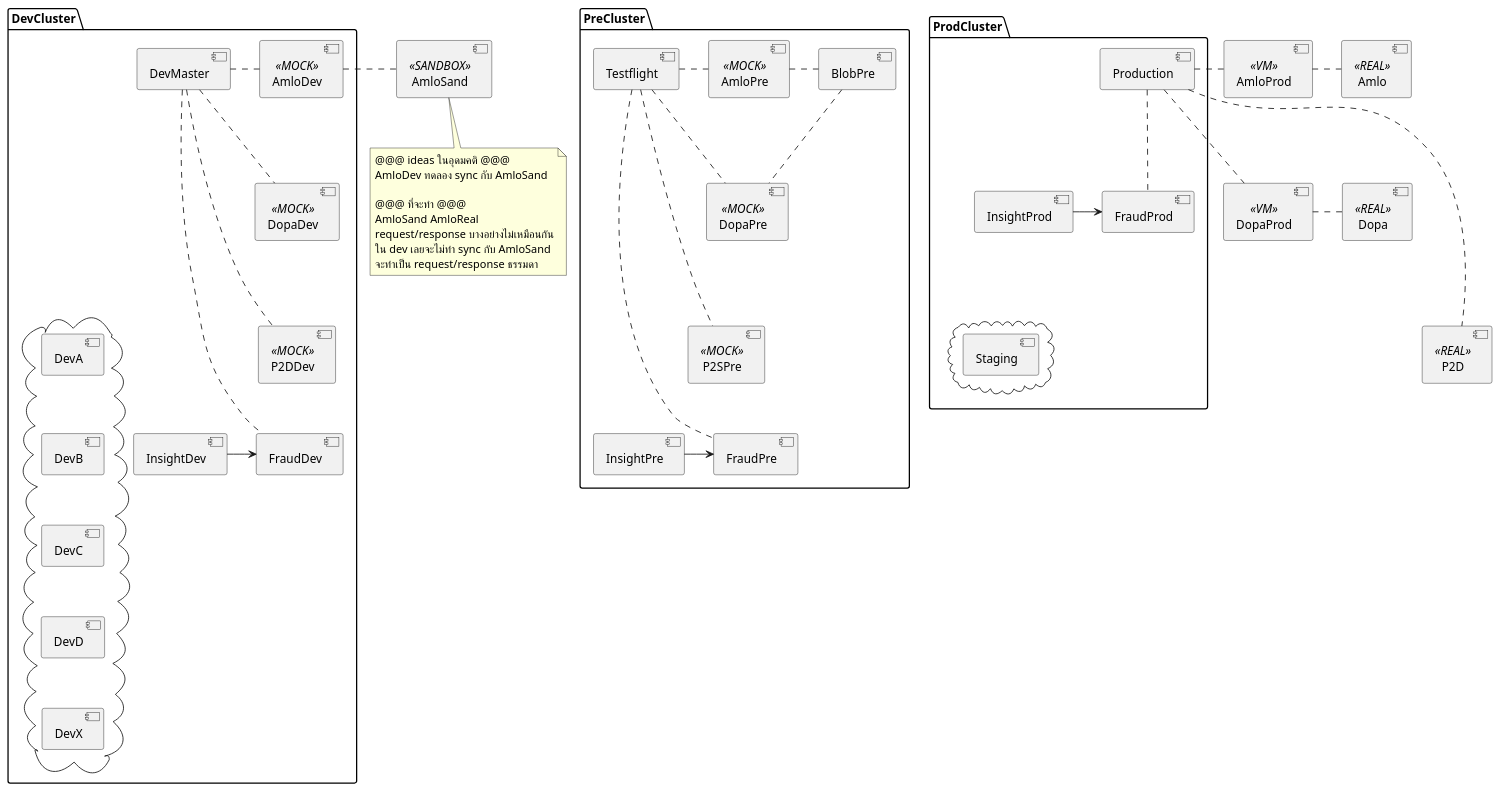
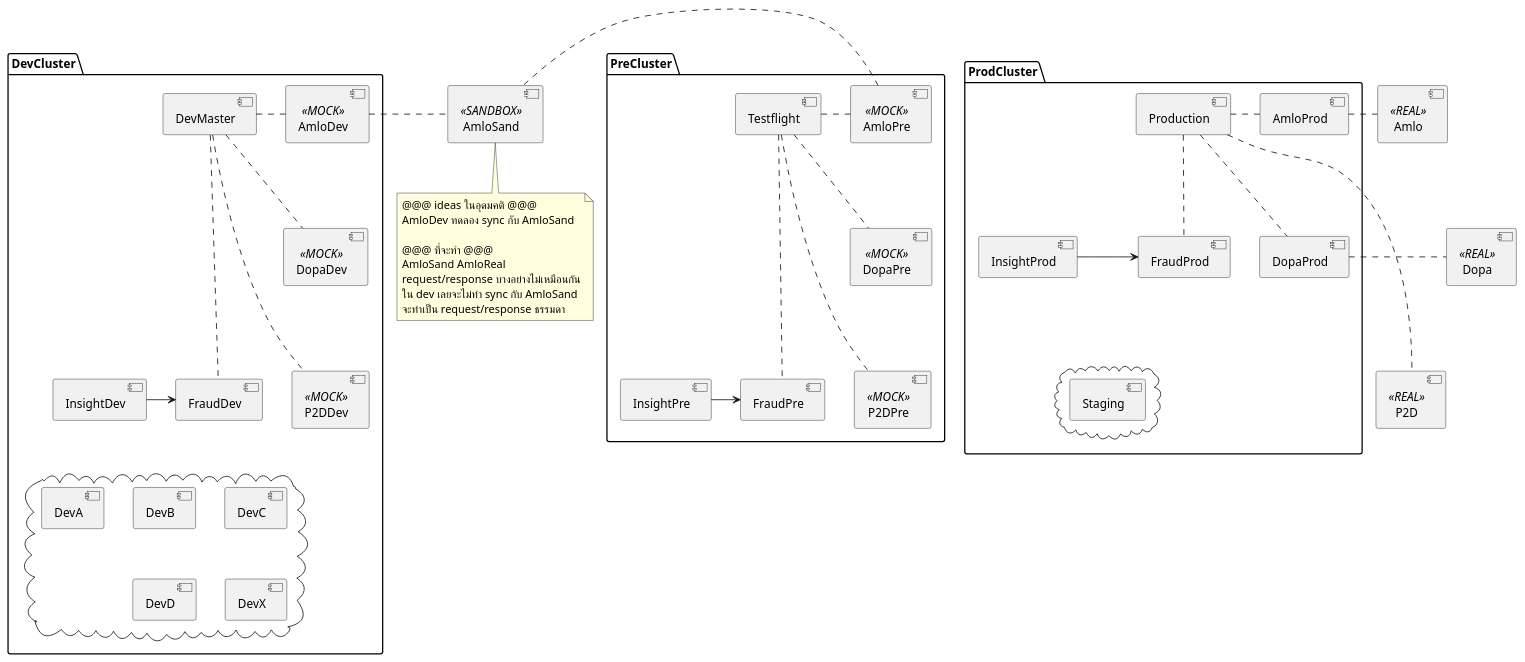
Before and after one commit to BugLordTO/cart-ideas: the diagram in repo-pipeline/isolated-ring/dev-and-prod.puml, drawn with PlantUML. The commit also changed 4 other files, not shown here.

```diff
--- a/repo-pipeline/isolated-ring/dev-and-prod.puml
+++ b/repo-pipeline/isolated-ring/dev-and-prod.puml
@@ -1,97 +1,89 @@
 @startuml dev-and-prod
 
 [AmloSand] <<SANDBOX>>
 note bottom of [AmloSand]
 @@@ ideas ในอุดมคติ @@@
 AmloDev ทดลอง sync กับ AmloSand
 
 @@@ ที่จะทำ @@@
 AmloSand AmloReal
 request/response บางอย่างไม่เหมือนกัน
 ใน dev เลยจะไม่ทำ sync กับ AmloSand
 จะทำเป็น request/response ธรรมดา
 end note
 
 package DevCluster {
     cloud {
         [DevA]
         [DevB]
         [DevC]
         [DevD]
         [DevX]
     }
     [DevMaster]
 
     [AmloDev] <<MOCK>>
     [DopaDev] <<MOCK>>
     [P2DDev] <<MOCK>>
     [FraudDev]
     [InsightDev]
 
-    [DevMaster] .r. [AmloDev]
-    [AmloDev] .r. [AmloSand]
-    [DevMaster] .r. [DopaDev]
-    [DevMaster] .r. [P2DDev]
-    [DevMaster] .r. [FraudDev]
+    [DevMaster] . [AmloDev]
+    [AmloDev] . [AmloSand]
+    [DevMaster] .. [DopaDev]
+    [DevMaster] .. [P2DDev]
+    [DevMaster] ... [FraudDev]
     [FraudDev] <-l- [InsightDev]
 
     [AmloDev] .[hidden]. [DopaDev]
     [DopaDev] .[hidden]. [P2DDev]
-    [P2DDev] .[hidden]. [FraudDev]
 
-    [DevMaster] .[hidden].. [DevA]
-    [DevA] .[hidden]. [DevB]
-    [DevB] .[hidden]. [DevC]
-    [DevC] .[hidden]. [DevD]
-    [DevD] .[hidden]. [DevX]
-    [DevD] .[hidden]. [DevX]
+    [DevMaster] .[hidden]... [DevA]
 }
 
 package PreCluster {
     [Testflight]
 
     [AmloPre] <<MOCK>>
     [DopaPre] <<MOCK>>
-    [P2SPre] <<MOCK>>
-    [BlobPre]
+    [P2DPre] <<MOCK>>
     [FraudPre]
     [InsightPre]
 
-    [Testflight] .r. [AmloPre]
-    [AmloPre] .r. [BlobPre]
-    [Testflight] .r. [DopaPre]
-    [DopaPre] .u. [BlobPre]
-    [Testflight] .r. [P2SPre]
-    [Testflight] .... [FraudPre]
+    [Testflight] . [AmloPre]
+    [AmloPre] . [AmloSand]
+    [Testflight] . [DopaPre]
+    [Testflight] . [P2DPre]
+    [Testflight] ... [FraudPre]
     [FraudPre] <-l- [InsightPre]
 
     [AmloPre] .[hidden]. [DopaPre]
-    [DopaPre] .[hidden]. [P2SPre]
+    [DopaPre] .[hidden]. [P2DPre]
 }
 
-[AmloProd] <<VM>>
 [Amlo] <<REAL>>
-[DopaProd] <<VM>>
 [Dopa] <<REAL>>
 [P2D] <<REAL>>
 
 package ProdCluster {
     cloud {
         [Staging]
     }
     [Production]
+    [AmloProd]
+    [DopaProd]
     [FraudProd]
     [InsightProd]
 
     [Production] .[hidden].. [Staging]
     [Production] .. [FraudProd]
     [FraudProd] <-l- [InsightProd]
 }
 
 [Production] . [AmloProd]
 [AmloProd] . [Amlo]
 [Production] .. [DopaProd]
 [DopaProd] . [Dopa]
 [Production] ... [P2D]
 
 @enduml
```
